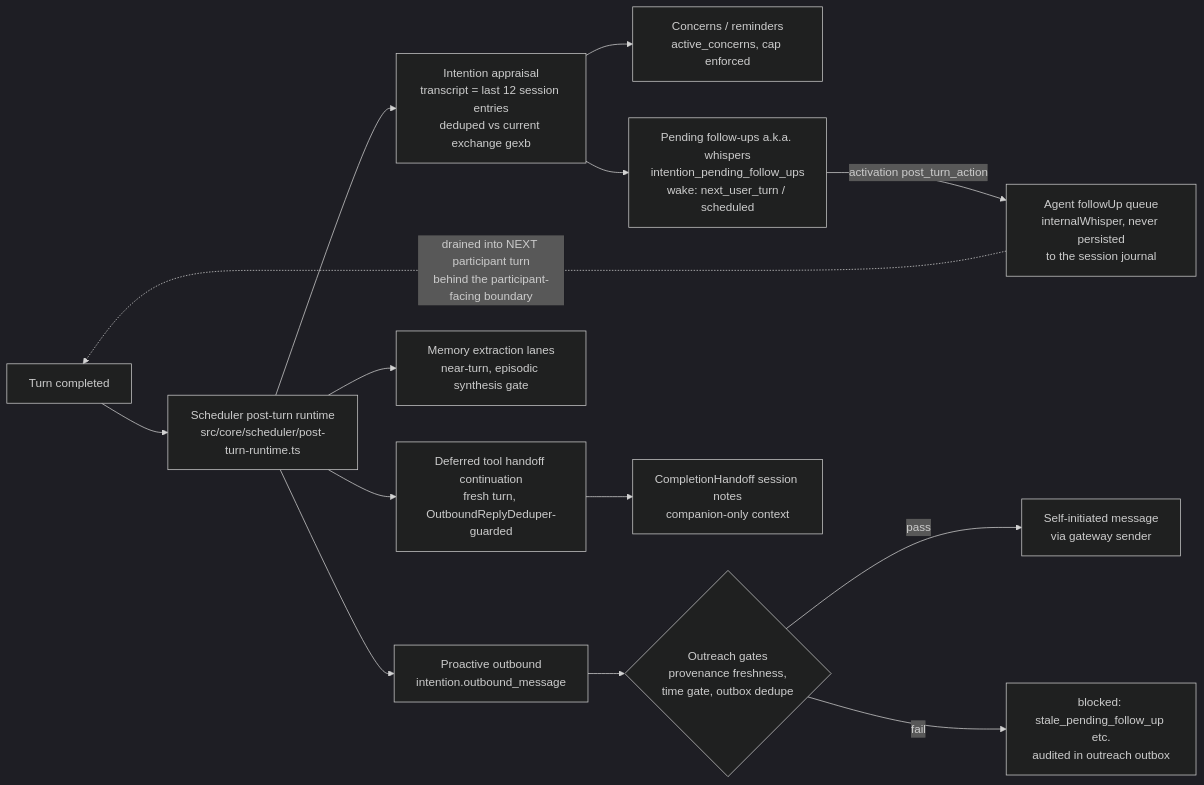
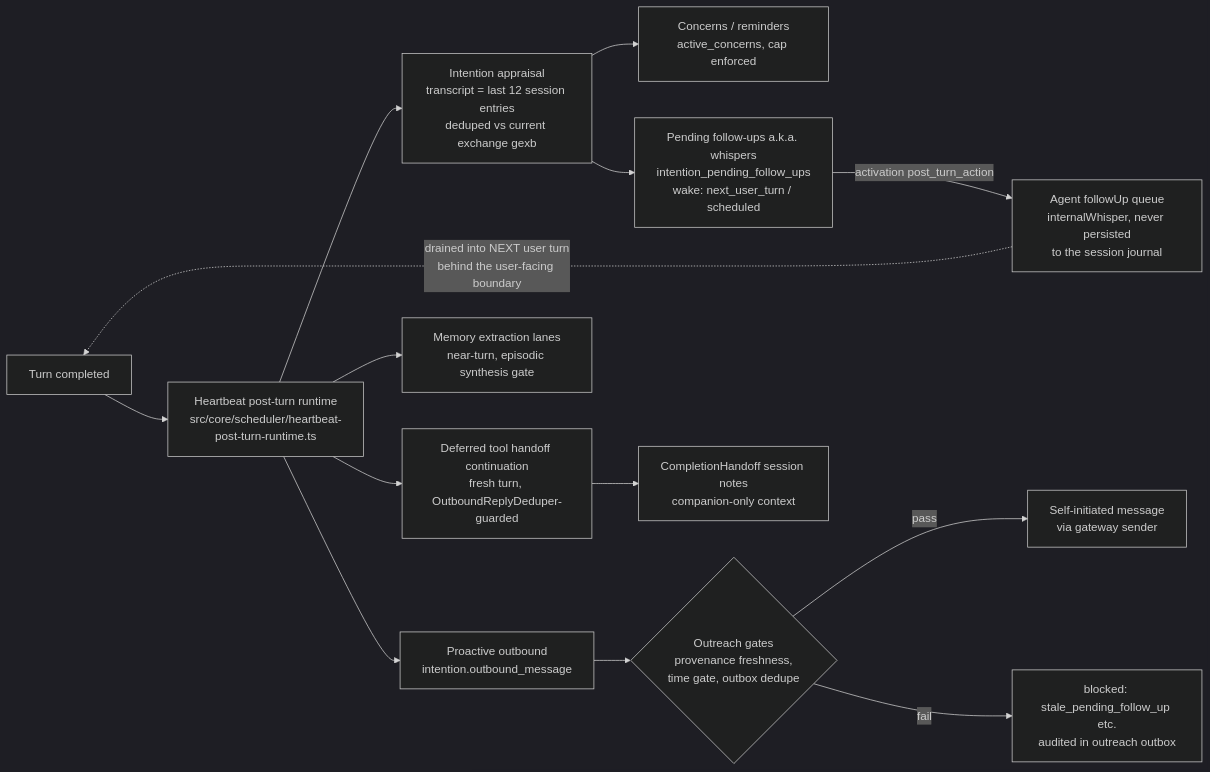
Before and after one commit to CGIC-AI/psfn-framework: the fourth of 4 diagrams in docs/chat-turn-lifecycle.md, drawn with Mermaid (dark theme). The commit also changed other lines of this file and 67 other files, not shown here.

````diff
--- a/docs/chat-turn-lifecycle.md
+++ b/docs/chat-turn-lifecycle.md
@@ -127,19 +127,19 @@
 ```mermaid
 flowchart LR
-    TURN[Turn completed] --> HPT[Scheduler post-turn runtime<br/>src/core/scheduler/post-turn-runtime.ts]
+    TURN[Turn completed] --> HPT[Heartbeat post-turn runtime<br/>src/core/scheduler/heartbeat-post-turn-runtime.ts]
 
     HPT --> APPR[Intention appraisal<br/>transcript = last 12 session entries<br/>deduped vs current exchange gexb]
     APPR --> CONC[Concerns / reminders<br/>active_concerns, cap enforced]
     APPR --> PFU[Pending follow-ups a.k.a. whispers<br/>intention_pending_follow_ups<br/>wake: next_user_turn / scheduled]
     PFU -->|activation post_turn_action| FQ[Agent followUp queue<br/>internalWhisper, never persisted<br/>to the session journal]
-    FQ -.->|drained into NEXT participant turn<br/>behind the participant-facing boundary| TURN
+    FQ -.->|drained into NEXT user turn<br/>behind the user-facing boundary| TURN
 
     HPT --> OUT[Proactive outbound<br/>intention.outbound_message]
     OUT --> GATES{Outreach gates<br/>provenance freshness,<br/>time gate, outbox dedupe}
     GATES -->|pass| SENDOUT[Self-initiated message<br/>via gateway sender]
     GATES -->|fail| BLOCKED[blocked: stale_pending_follow_up etc.<br/>audited in outreach outbox]
 
     HPT --> MEM[Memory extraction lanes<br/>near-turn, episodic synthesis gate]
     HPT --> DTH[Deferred tool handoff continuation<br/>fresh turn, OutboundReplyDeduper-guarded]
     DTH --> CH[CompletionHandoff session notes<br/>companion-only context]
 ```
````
